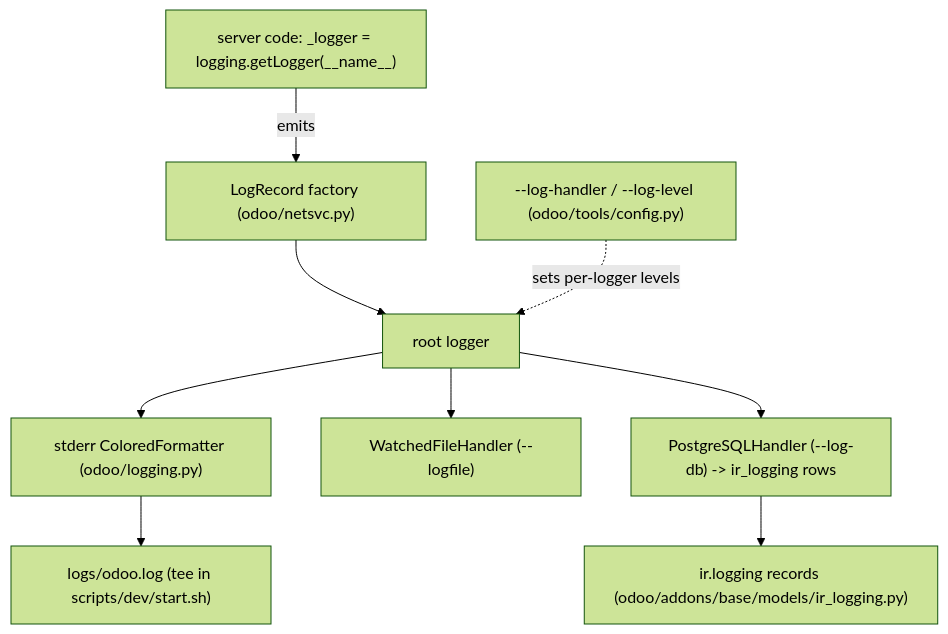
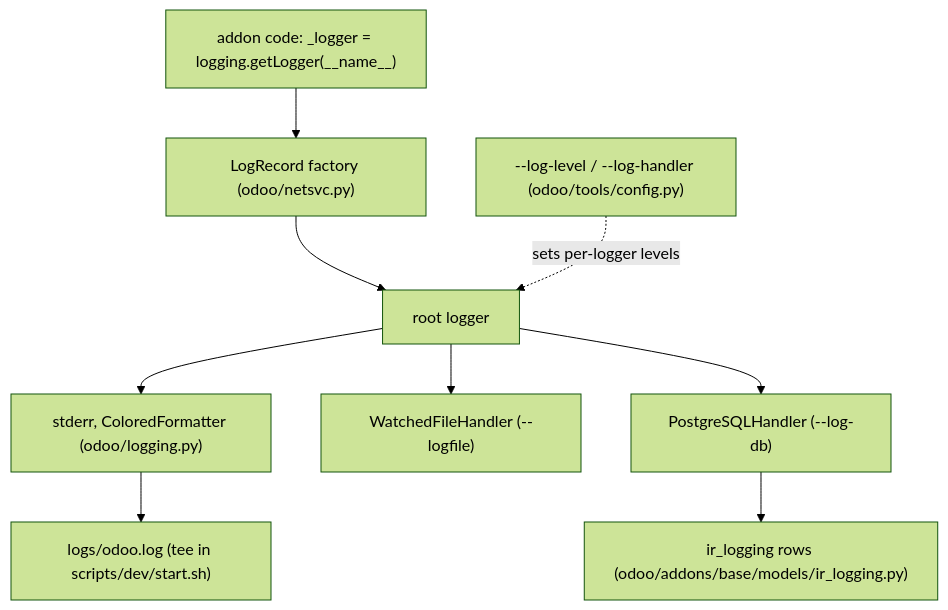
One commit to blitzy-public-samples/odoo changed the diagram in droid-wiki/how-to-monitor/logging.md. Above: the diagram before and after it, drawn with Mermaid (forest theme). The commit also changed other lines of this file and 78 other files, not shown here.

````diff
--- a/droid-wiki/how-to-monitor/logging.md
+++ b/droid-wiki/how-to-monitor/logging.md
@@ -17,11 +34,11 @@
 ```mermaid
 graph TD
-    code["server code: _logger = logging.getLogger(__name__)"] -->|emits| rec["LogRecord factory (odoo/netsvc.py)"]
+    code["addon code: _logger = logging.getLogger(__name__)"] --> rec["LogRecord factory (odoo/netsvc.py)"]
     rec --> root["root logger"]
-    cfg["--log-handler / --log-level (odoo/tools/config.py)"] -. sets per-logger levels .-> root
-    root --> stderr["stderr ColoredFormatter (odoo/logging.py)"]
+    cfg["--log-level / --log-handler (odoo/tools/config.py)"] -. sets per-logger levels .-> root
+    root --> stderr["stderr, ColoredFormatter (odoo/logging.py)"]
     root --> file["WatchedFileHandler (--logfile)"]
-    root --> pg["PostgreSQLHandler (--log-db) -> ir_logging rows"]
+    root --> pg["PostgreSQLHandler (--log-db)"]
     stderr --> tee["logs/odoo.log (tee in scripts/dev/start.sh)"]
-    pg --> irlog["ir.logging records (odoo/addons/base/models/ir_logging.py)"]
+    pg --> irlog["ir_logging rows (odoo/addons/base/models/ir_logging.py)"]
 ```
````
